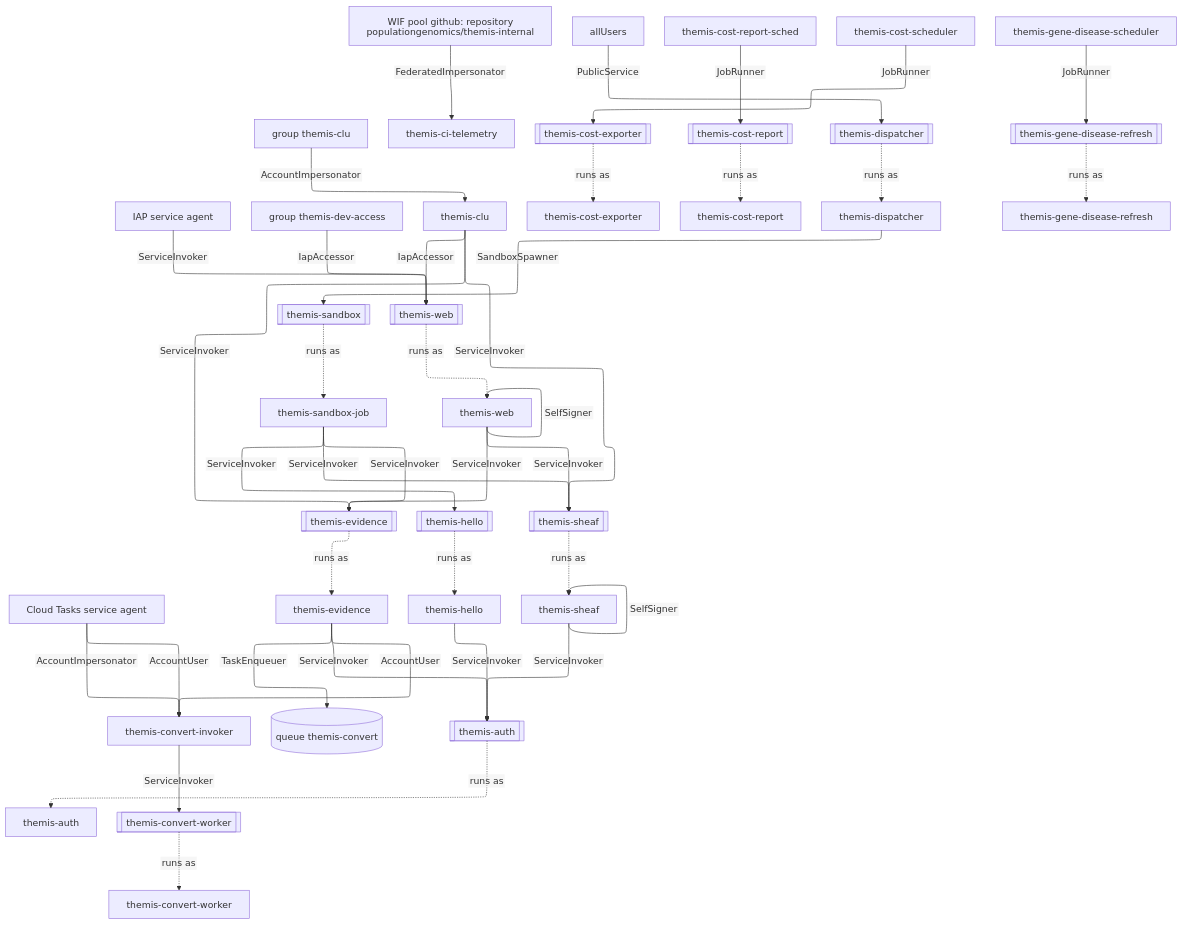
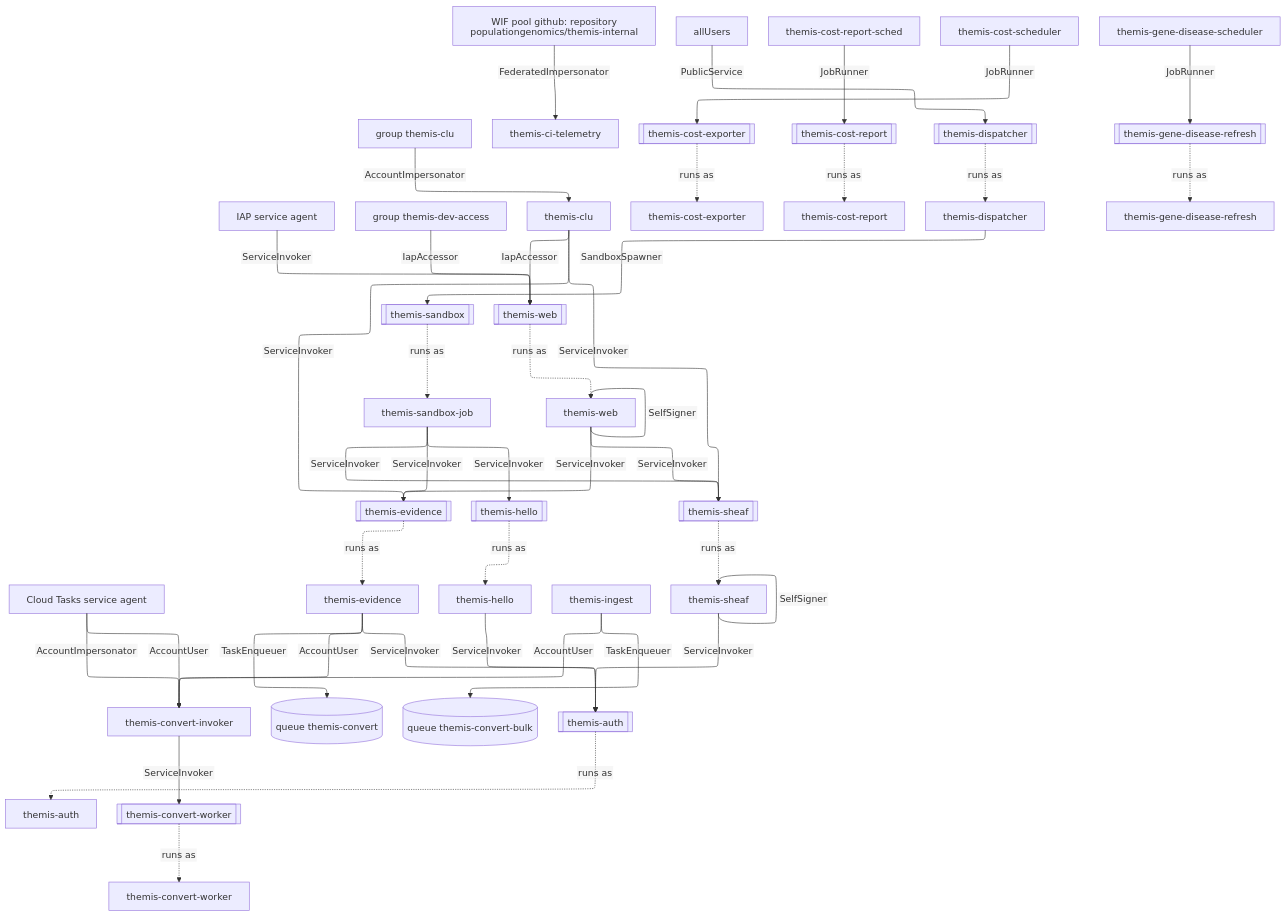
Before and after one commit to populationgenomics/themis: the diagram in docs/design/grants/calls.mmd, drawn with Mermaid. The commit also changed 9 other files, not shown here.

First line of the commit message:
litcache: bulk ingestion asks the worker for each paper it commits (#834)

```diff
--- a/docs/design/grants/calls.mmd
+++ b/docs/design/grants/calls.mmd
@@ -1,75 +1,79 @@
 %%{init: {"layout": "elk", "elk": {"mergeEdges": true, "nodePlacementStrategy": "NETWORK_SIMPLEX"}, "htmlLabels": false, "flowchart": {"htmlLabels": false, "wrappingWidth": 320}}}%%
 flowchart TB
     n0["Cloud Tasks service agent"]
     n1["IAP service agent"]
     n2["WIF pool github: repository populationgenomics/themis-internal"]
     n3["allUsers"]
     n4["group themis-clu"]
     n5["group themis-dev-access"]
     n6["themis-auth"]
     n7["themis-ci-telemetry"]
     n8["themis-clu"]
     n9["themis-convert-invoker"]
     n10["themis-convert-worker"]
     n11["themis-cost-exporter"]
     n12["themis-cost-report"]
     n13["themis-cost-report-sched"]
     n14["themis-cost-scheduler"]
     n15["themis-dispatcher"]
     n16["themis-evidence"]
     n17["themis-gene-disease-refresh"]
     n18["themis-gene-disease-scheduler"]
     n19["themis-hello"]
-    n20["themis-sandbox-job"]
-    n21["themis-sheaf"]
-    n22["themis-web"]
-    n23[("queue themis-convert")]
-    n24[["themis-auth"]]
-    n25[["themis-convert-worker"]]
-    n26[["themis-cost-exporter"]]
-    n27[["themis-cost-report"]]
-    n28[["themis-dispatcher"]]
-    n29[["themis-evidence"]]
-    n30[["themis-gene-disease-refresh"]]
-    n31[["themis-hello"]]
-    n32[["themis-sandbox"]]
-    n33[["themis-sheaf"]]
-    n34[["themis-web"]]
+    n20["themis-ingest"]
+    n21["themis-sandbox-job"]
+    n22["themis-sheaf"]
+    n23["themis-web"]
+    n24[("queue themis-convert")]
+    n25[("queue themis-convert-bulk")]
+    n26[["themis-auth"]]
+    n27[["themis-convert-worker"]]
+    n28[["themis-cost-exporter"]]
+    n29[["themis-cost-report"]]
+    n30[["themis-dispatcher"]]
+    n31[["themis-evidence"]]
+    n32[["themis-gene-disease-refresh"]]
+    n33[["themis-hello"]]
+    n34[["themis-sandbox"]]
+    n35[["themis-sheaf"]]
+    n36[["themis-web"]]
     n0 -->|AccountImpersonator| n9
     n0 -->|AccountUser| n9
-    n1 -->|ServiceInvoker| n34
+    n1 -->|ServiceInvoker| n36
     n2 -->|FederatedImpersonator| n7
-    n3 -->|PublicService| n28
+    n3 -->|PublicService| n30
     n4 -->|AccountImpersonator| n8
-    n5 -->|IapAccessor| n34
-    n8 -->|IapAccessor| n34
-    n8 -->|ServiceInvoker| n29
-    n8 -->|ServiceInvoker| n33
-    n9 -->|ServiceInvoker| n25
-    n13 -->|JobRunner| n27
-    n14 -->|JobRunner| n26
-    n15 -->|SandboxSpawner| n32
+    n5 -->|IapAccessor| n36
+    n8 -->|IapAccessor| n36
+    n8 -->|ServiceInvoker| n31
+    n8 -->|ServiceInvoker| n35
+    n9 -->|ServiceInvoker| n27
+    n13 -->|JobRunner| n29
+    n14 -->|JobRunner| n28
+    n15 -->|SandboxSpawner| n34
     n16 -->|AccountUser| n9
-    n16 -->|ServiceInvoker| n24
-    n16 -->|TaskEnqueuer| n23
-    n18 -->|JobRunner| n30
-    n19 -->|ServiceInvoker| n24
-    n20 -->|ServiceInvoker| n29
-    n20 -->|ServiceInvoker| n31
-    n20 -->|ServiceInvoker| n33
-    n21 -->|SelfSigner| n21
-    n21 -->|ServiceInvoker| n24
+    n16 -->|ServiceInvoker| n26
+    n16 -->|TaskEnqueuer| n24
+    n18 -->|JobRunner| n32
+    n19 -->|ServiceInvoker| n26
+    n20 -->|AccountUser| n9
+    n20 -->|TaskEnqueuer| n25
+    n21 -->|ServiceInvoker| n31
+    n21 -->|ServiceInvoker| n33
+    n21 -->|ServiceInvoker| n35
     n22 -->|SelfSigner| n22
-    n22 -->|ServiceInvoker| n29
-    n22 -->|ServiceInvoker| n33
-    n24 -. runs as .-> n6
-    n25 -. runs as .-> n10
-    n26 -. runs as .-> n11
-    n27 -. runs as .-> n12
-    n28 -. runs as .-> n15
-    n29 -. runs as .-> n16
-    n30 -. runs as .-> n17
-    n31 -. runs as .-> n19
-    n32 -. runs as .-> n20
-    n33 -. runs as .-> n21
-    n34 -. runs as .-> n22
+    n22 -->|ServiceInvoker| n26
+    n23 -->|SelfSigner| n23
+    n23 -->|ServiceInvoker| n31
+    n23 -->|ServiceInvoker| n35
+    n26 -. runs as .-> n6
+    n27 -. runs as .-> n10
+    n28 -. runs as .-> n11
+    n29 -. runs as .-> n12
+    n30 -. runs as .-> n15
+    n31 -. runs as .-> n16
+    n32 -. runs as .-> n17
+    n33 -. runs as .-> n19
+    n34 -. runs as .-> n21
+    n35 -. runs as .-> n22
+    n36 -. runs as .-> n23
```
